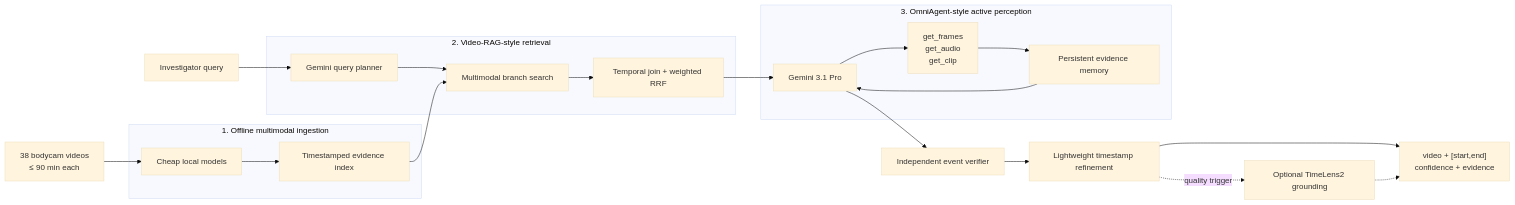
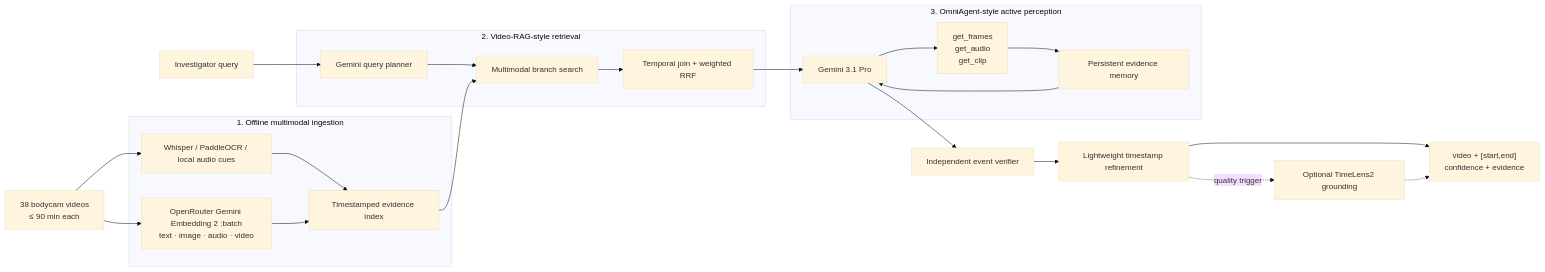
The first of 9 diagrams in SYSTEM_DESIGN.md (giaphoang/PatrolLens), drawn with Mermaid (base theme) before and after one commit. The commit also changed other lines of this file and 19 other files, not shown here.

First line of the commit message:
feat(embedding): Add Gemini Embedding 2 ingestion and retrieval

````diff
--- a/SYSTEM_DESIGN.md
+++ b/SYSTEM_DESIGN.md
@@ -25,33 +25,35 @@
 ```mermaid
 flowchart LR
     V["38 bodycam videos<br/>≤ 90 min each"]
 
     subgraph OFF["1. Offline multimodal ingestion"]
-        E["Cheap local models"]
+        E["Whisper / PaddleOCR / local audio cues"]
+        GE["OpenRouter Gemini Embedding 2 :batch\ntext · image · audio · video"]
         IDX["Timestamped evidence index"]
     end
 
     subgraph RET["2. Video-RAG-style retrieval"]
         QP["Gemini query planner"]
         SEARCH["Multimodal branch search"]
         FUSE["Temporal join + weighted RRF"]
     end
 
     subgraph ACTIVE["3. OmniAgent-style active perception"]
         GEM["Gemini 3.1 Pro"]
         TOOLS["get_frames<br/>get_audio<br/>get_clip"]
         MEM["Persistent evidence memory"]
     end
 
     VERIFY["Independent event verifier"]
     REF["Lightweight timestamp refinement"]
     TL["Optional TimeLens2 grounding"]
     OUT["video + [start,end]<br/>confidence + evidence"]
 
     V --> E --> IDX
+    V --> GE --> IDX
     Q["Investigator query"] --> QP --> SEARCH
     IDX --> SEARCH --> FUSE --> GEM
     GEM --> TOOLS --> MEM --> GEM
     GEM --> VERIFY --> REF --> OUT
     REF -. "quality trigger" .-> TL -.-> OUT
 ```
````
